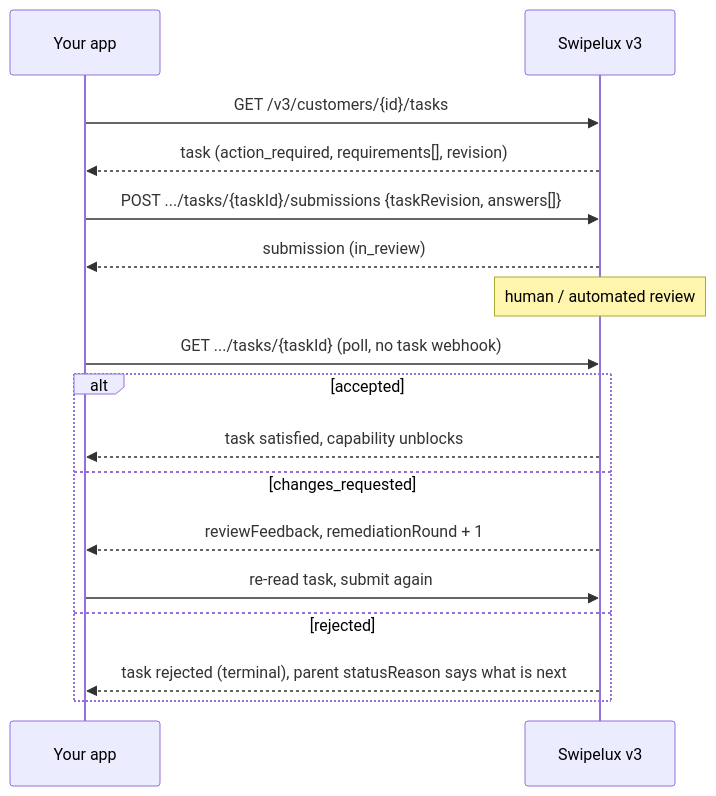
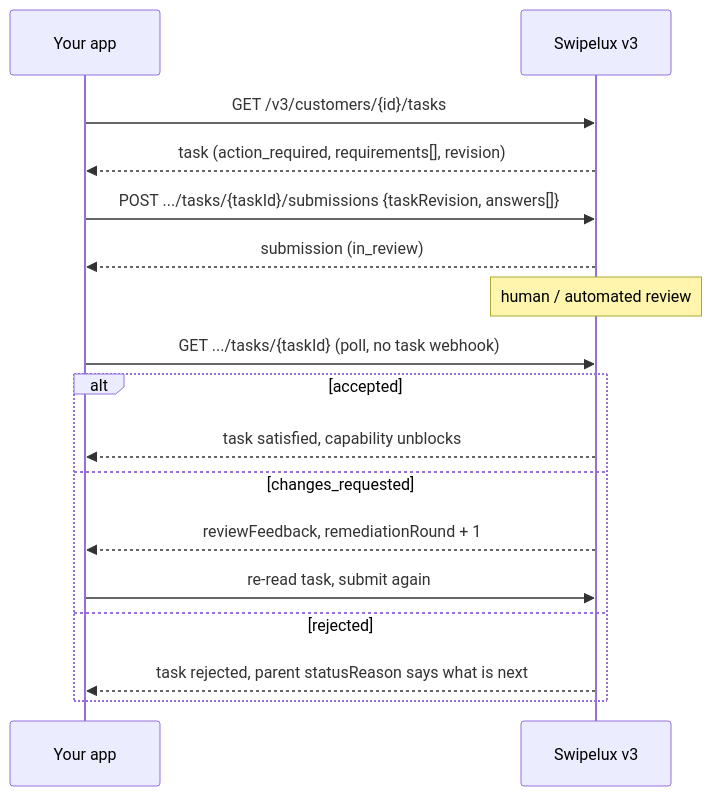
One commit to swipelux/public-docs changed the third of 6 diagrams in api-reference/versioning/migrate-to-v3.mdx. Above: the diagram before and after it, drawn with Mermaid. The commit also changed other lines of this file and 5 other files, not shown here.

````diff
--- a/api-reference/versioning/migrate-to-v3.mdx
+++ b/api-reference/versioning/migrate-to-v3.mdx
@@ -98,19 +98,19 @@
 ```mermaid
 sequenceDiagram
   participant You as Your app
   participant SLX as Swipelux v3
   You->>SLX: GET /v3/customers/{id}/tasks
   SLX-->>You: task (action_required, requirements[], revision)
   You->>SLX: POST .../tasks/{taskId}/submissions {taskRevision, answers[]}
   SLX-->>You: submission (in_review)
   Note over SLX: human / automated review
   You->>SLX: GET .../tasks/{taskId} (poll, no task webhook)
   alt accepted
     SLX-->>You: task satisfied, capability unblocks
   else changes_requested
     SLX-->>You: reviewFeedback, remediationRound + 1
     You->>SLX: re-read task, submit again
   else rejected
-    SLX-->>You: task rejected (terminal), parent statusReason says what is next
+    SLX-->>You: task rejected, parent statusReason says what is next
   end
 ```
````
